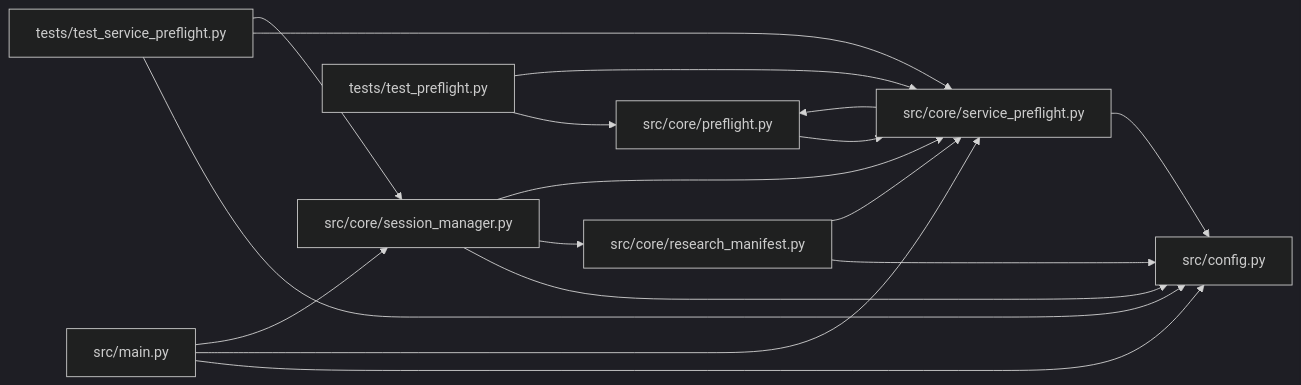
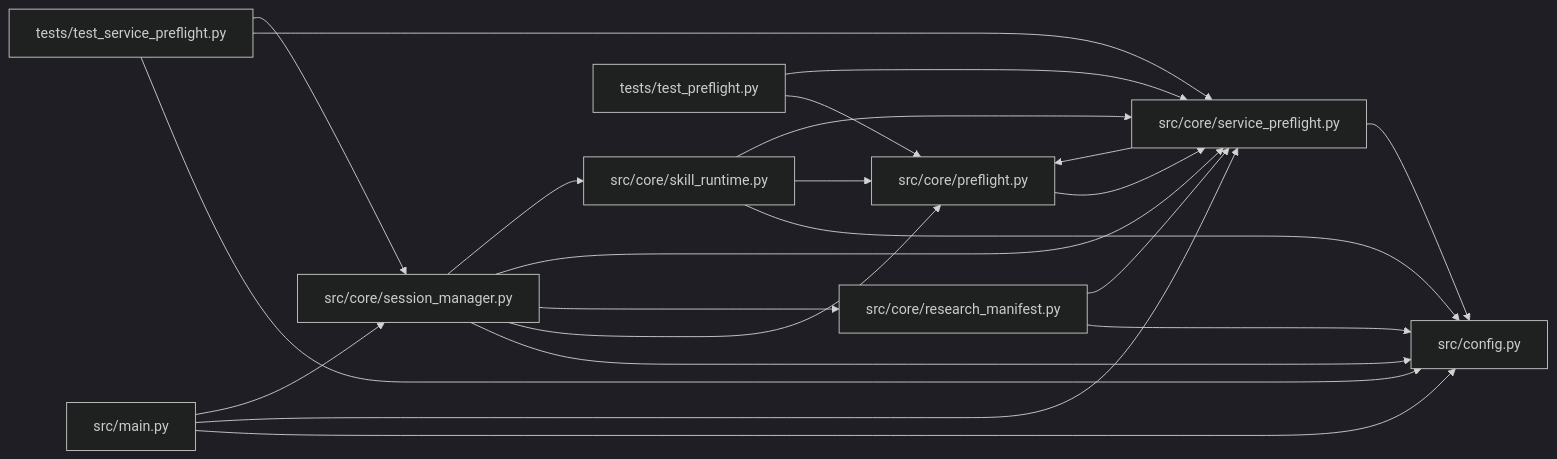
One commit to Denissvgn/autoresearch-agent changed the diagram in docs/llm_wiki/modules/service_preflight.md. Above: the diagram before and after it, drawn with Mermaid (dark theme). The commit also changed other lines of this file and 1033 other files, not shown here.

````diff
--- a/docs/llm_wiki/modules/service_preflight.md
+++ b/docs/llm_wiki/modules/service_preflight.md
@@ -27,35 +27,42 @@
 ```mermaid
 flowchart LR
     n0["src/config.py"]
     n1["src/core/preflight.py"]
     n2["src/core/research_manifest.py"]
     n3["src/core/service_preflight.py"]
     n4["src/core/session_manager.py"]
-    n5["src/main.py"]
-    n6["tests/test_preflight.py"]
-    n7["tests/test_service_preflight.py"]
+    n5["src/core/skill_runtime.py"]
+    n6["src/main.py"]
+    n7["tests/test_preflight.py"]
+    n8["tests/test_service_preflight.py"]
     n1 --> n3
     n2 --> n0
     n2 --> n3
     n3 --> n0
     n3 --> n1
     n4 --> n0
+    n4 --> n1
     n4 --> n2
     n4 --> n3
+    n4 --> n5
     n5 --> n0
+    n5 --> n1
     n5 --> n3
-    n5 --> n4
-    n6 --> n1
+    n6 --> n0
     n6 --> n3
-    n7 --> n0
+    n6 --> n4
+    n7 --> n1
     n7 --> n3
-    n7 --> n4
+    n8 --> n0
+    n8 --> n3
+    n8 --> n4
     click n0 "../modules/config.md"
     click n1 "../modules/preflight.md"
     click n2 "../modules/research_manifest.md"
     click n3 "../modules/service_preflight.md"
     click n4 "../modules/session_manager.md"
-    click n5 "../modules/src_main.md"
-    click n6 "../modules/test_preflight.md"
-    click n7 "../modules/test_service_preflight.md"
+    click n5 "../modules/skill_runtime.md"
+    click n6 "../modules/src_main.md"
+    click n7 "../modules/test_preflight.md"
+    click n8 "../modules/test_service_preflight.md"
 ```
````
